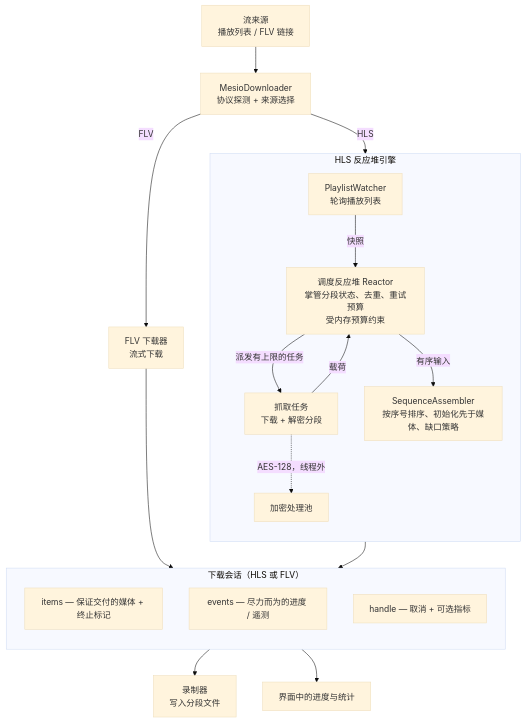
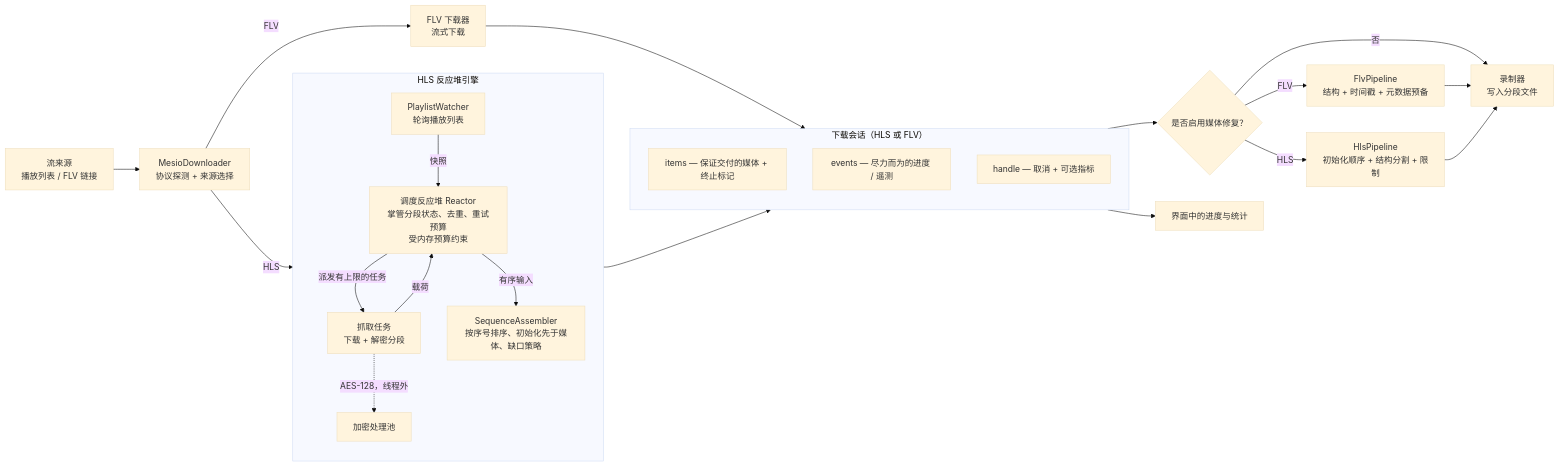
Before and after one commit to hua0512/rust-srec: the first of 3 diagrams in rust-srec/docs/zh/concepts/mesio.md, drawn with Mermaid (base theme). The commit also changed other lines of this file and 6 other files, not shown here.

Commit message:
docs clarify Mesio fix pipeline architecture

````diff
--- a/rust-srec/docs/zh/concepts/mesio.md
+++ b/rust-srec/docs/zh/concepts/mesio.md
@@ -9,28 +9,37 @@
 ```mermaid
-flowchart TB
+flowchart LR
   SRC[流来源<br/>播放列表 / FLV 链接] --> MD[MesioDownloader<br/>协议探测 + 来源选择]
   FLV[FLV 下载器<br/>流式下载]
 
   subgraph HLS["HLS 反应堆引擎"]
     direction TB
     PW[PlaylistWatcher<br/>轮询播放列表] -->|快照| RX[调度反应堆 Reactor<br/>掌管分段状态、去重、重试预算<br/>受内存预算约束]
     RX -->|派发有上限的任务| FT[抓取任务<br/>下载 + 解密分段]
     FT -. AES-128，线程外 .-> CR[加密处理池]
     FT -->|载荷| RX
     RX -->|有序输入| AS[SequenceAssembler<br/>按序号排序、初始化先于媒体、缺口策略]
   end
 
   subgraph SESS["下载会话（HLS 或 FLV）"]
     direction TB
     ITEMS["items — 保证交付的媒体 + 终止标记"]
     EVENTS["events — 尽力而为的进度 / 遥测"]
     HANDLE["handle — 取消 + 可选指标"]
   end
 
+  ROUTE{是否启用媒体修复？}
+  FLVFIX[FlvPipeline<br/>结构 + 时间戳 + 元数据预备]
+  HLSFIX[HlsPipeline<br/>初始化顺序 + 结构分割 + 限制]
+
   MD -->|HLS| PW
   MD -->|FLV| FLV
   AS --> SESS
   FLV --> SESS
-  ITEMS --> REC[录制器<br/>写入分段文件]
+  ITEMS --> ROUTE
+  ROUTE -->|FLV| FLVFIX
+  ROUTE -->|HLS| HLSFIX
+  ROUTE -->|否| REC[录制器<br/>写入分段文件]
+  FLVFIX --> REC
+  HLSFIX --> REC
   EVENTS --> UI[界面中的进度与统计]
 ```
````
